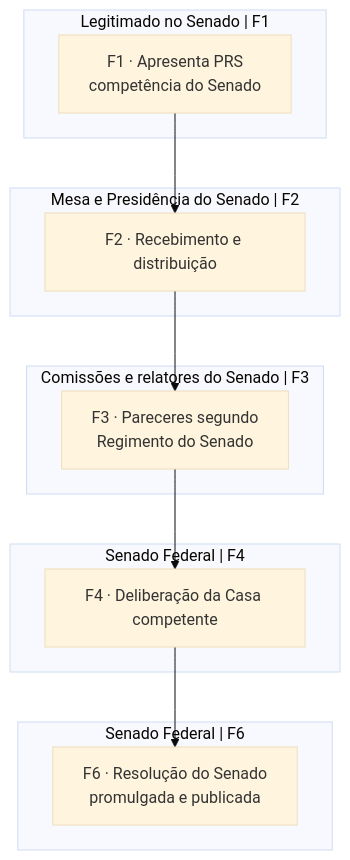
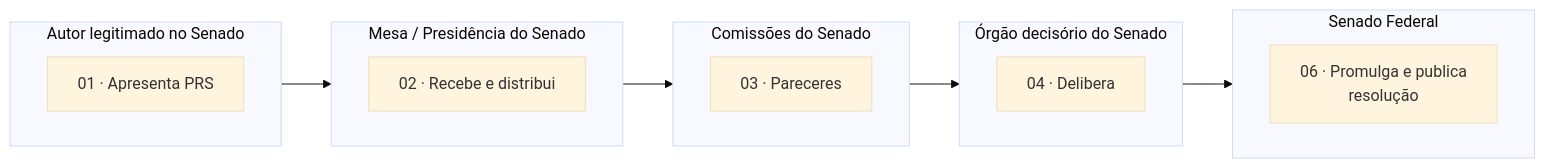
One commit to leorruas/concursos changed the seventh of 10 diagrams in 3 - Materias/Direito Constitucional/38 - blueprints do processo legislativo por especie normativa.md. Above: the diagram before and after it, drawn with Mermaid (base theme). The commit also changed other lines of this file, not shown here.

Commit message:
docs: transformar blueprints por espécie em faixas de atores e fases com links de apoio

````diff
--- a/3 - Materias/Direito Constitucional/38 - blueprints do processo legislativo por especie normativa.md
+++ b/3 - Materias/Direito Constitucional/38 - blueprints do processo legislativo por especie normativa.md
@@ -230,19 +256,24 @@
 ```mermaid
-flowchart TB
- subgraph INI["Legitimado no Senado | F1"]
- A["F1 · Apresenta PRS<br/>competência do Senado"]
- end
- subgraph SFM["Mesa e Presidência do Senado | F2"]
- B["F2 · Recebimento e distribuição"]
- end
- subgraph COM["Comissões e relatores do Senado | F3"]
- C["F3 · Pareceres segundo<br/>Regimento do Senado"]
- end
- subgraph PLEN["Senado Federal | F4"]
- D["F4 · Deliberação da Casa competente"]
- end
- subgraph FINAL["Senado Federal | F6"]
- E["F6 · Resolução do Senado<br/>promulgada e publicada"]
- end
- A --> B --> C --> D --> E
+flowchart LR
+  subgraph L0["Autor legitimado no Senado"]
+    direction LR
+    a["01 · Apresenta PRS"]
+  end
+  subgraph L1["Mesa / Presidência do Senado"]
+    direction LR
+    b["02 · Recebe e distribui"]
+  end
+  subgraph L2["Comissões do Senado"]
+    direction LR
+    c["03 · Pareceres"]
+  end
+  subgraph L3["Órgão decisório do Senado"]
+    direction LR
+    d["04 · Delibera"]
+  end
+  subgraph L4["Senado Federal"]
+    direction LR
+    e["06 · Promulga e publica<br/>resolução"]
+  end
+  a --> b --> c --> d --> e
 ```
````
